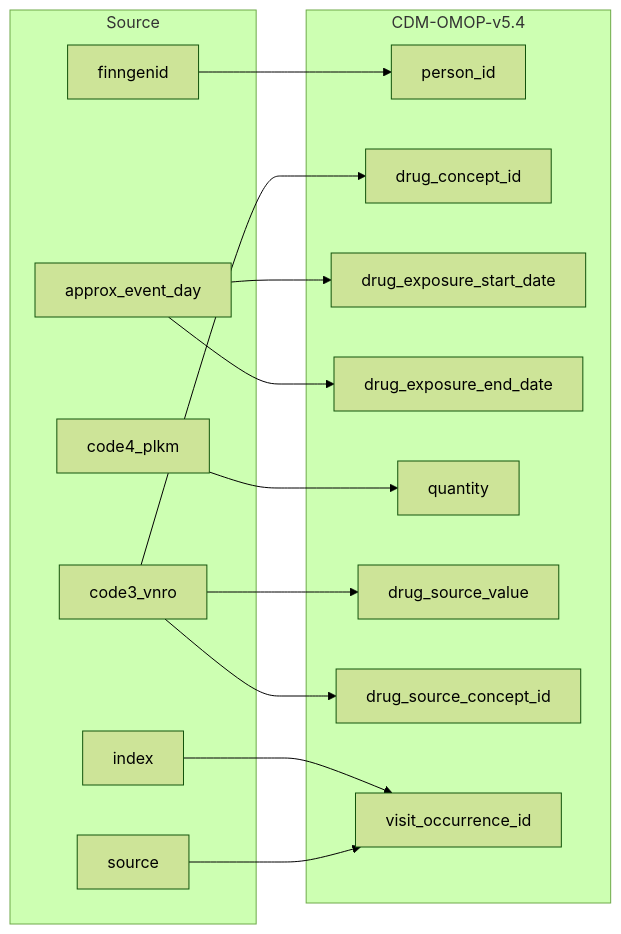
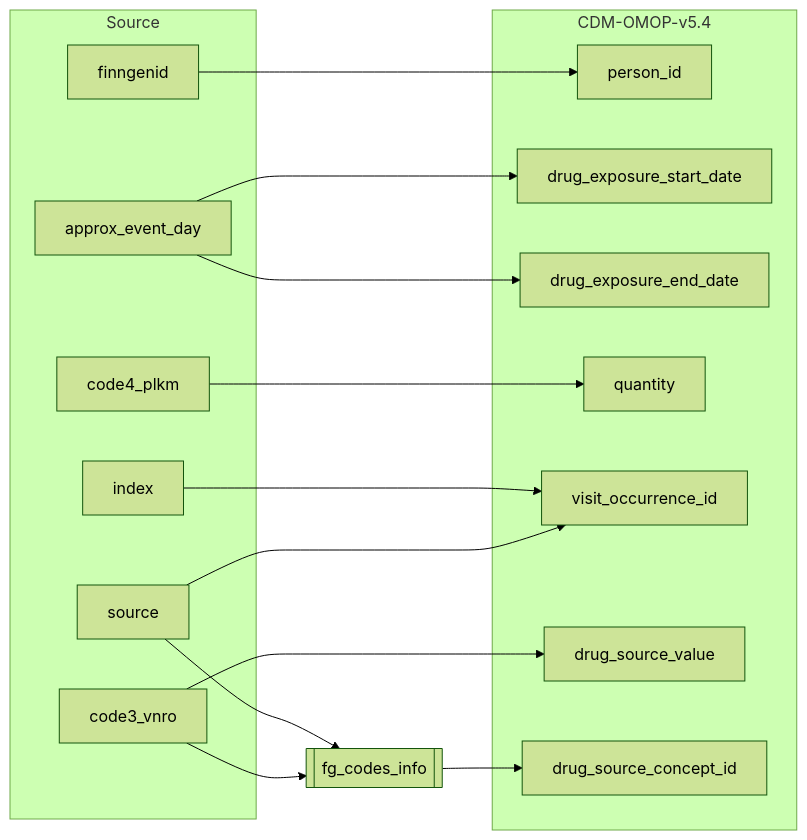
One commit to FINNGEN/ETL changed the diagram in 2_etl_specifications/documentation/drug_exposure.md. Above: the diagram before and after it, drawn with Mermaid (forest theme). The commit also changed other lines of this file and 3 other files, not shown here.

````diff
--- a/2_etl_specifications/documentation/drug_exposure.md
+++ b/2_etl_specifications/documentation/drug_exposure.md
@@ -5,33 +5,37 @@
 ```mermaid
 flowchart LR
     subgraph Source
         finngenid
-        source
         approx_event_day
         code3_vnro
         code4_plkm
         index
+        source
     end
+
+    fg_codes_info[[fg_codes_info]]
 
     subgraph CDM-OMOP-v5.4
         person_id
-        drug_concept_id
         drug_exposure_start_date
         drug_exposure_end_date
         quantity
+        visit_occurrence_id
         drug_source_value
         drug_source_concept_id
-        visit_occurrence_id
     end
 
     finngenid-->person_id
-    code3_vnro-->drug_concept_id
     approx_event_day-->drug_exposure_start_date
     approx_event_day-->drug_exposure_end_date
     code4_plkm-->quantity
+    index-->visit_occurrence_id
     source-->visit_occurrence_id
-    index-->visit_occurrence_id
     code3_vnro-->drug_source_value
-    code3_vnro-->drug_source_concept_id
+
+    source-->fg_codes_info
+    code3_vnro-->fg_codes_info
+
+    fg_codes_info-->drug_source_concept_id
 
 ```
````
